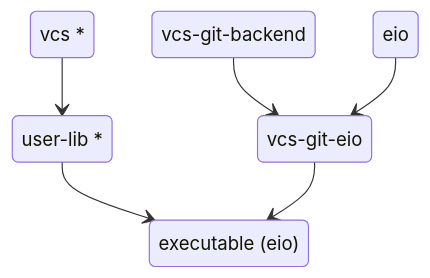
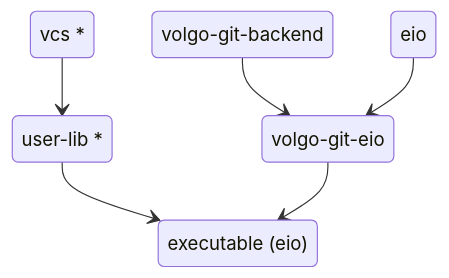
Before and after one commit to mbarbin/vcs: the first of 3 diagrams in doc/docs/explanation/README.md, drawn with Mermaid. The commit also changed other lines of this file and 21 other files, not shown here.

````diff
--- a/doc/docs/explanation/README.md
+++ b/doc/docs/explanation/README.md
@@ -19,14 +19,14 @@
 ```mermaid
 stateDiagram-v2
   vcs : vcs *
   user : user-lib *
-  vcs_git_backend : vcs-git-backend
+  volgo_git_backend : volgo-git-backend
   executable : executable (eio)
-  backend : vcs-git-eio
+  backend : volgo-git-eio
   runtime : eio
   vcs --> user
   user --> executable
-  vcs_git_backend --> backend
+  volgo_git_backend --> backend
   runtime --> backend
   backend --> executable
 ```
````
